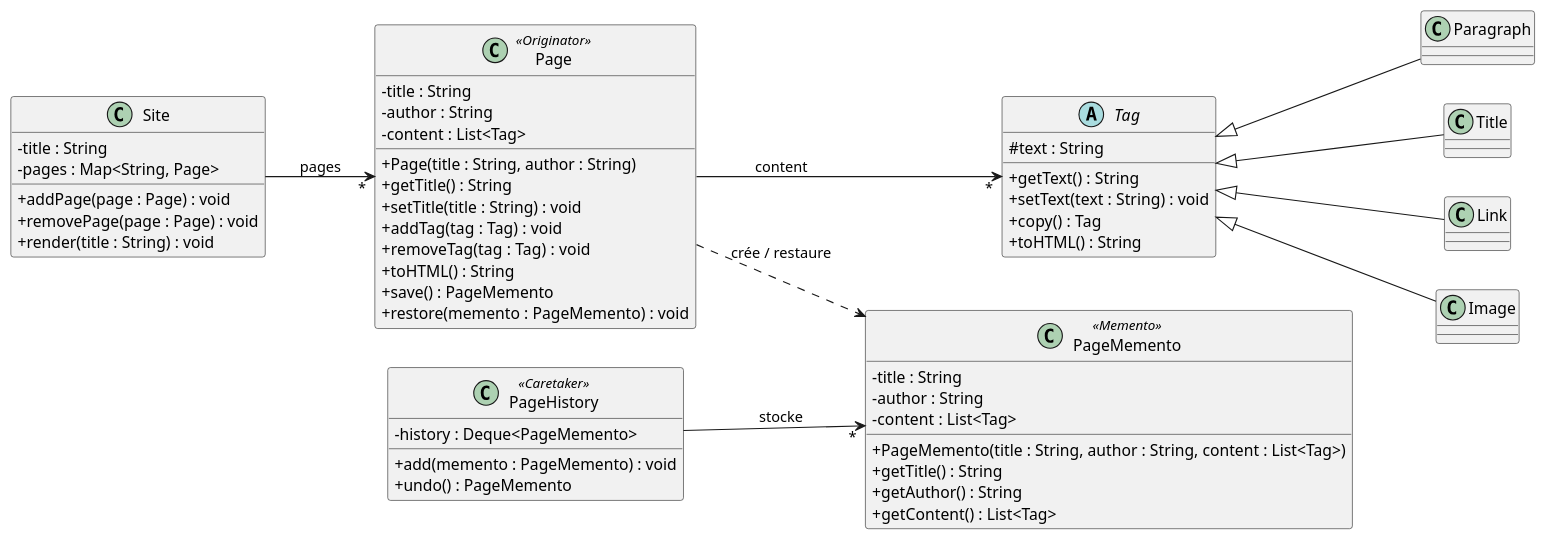
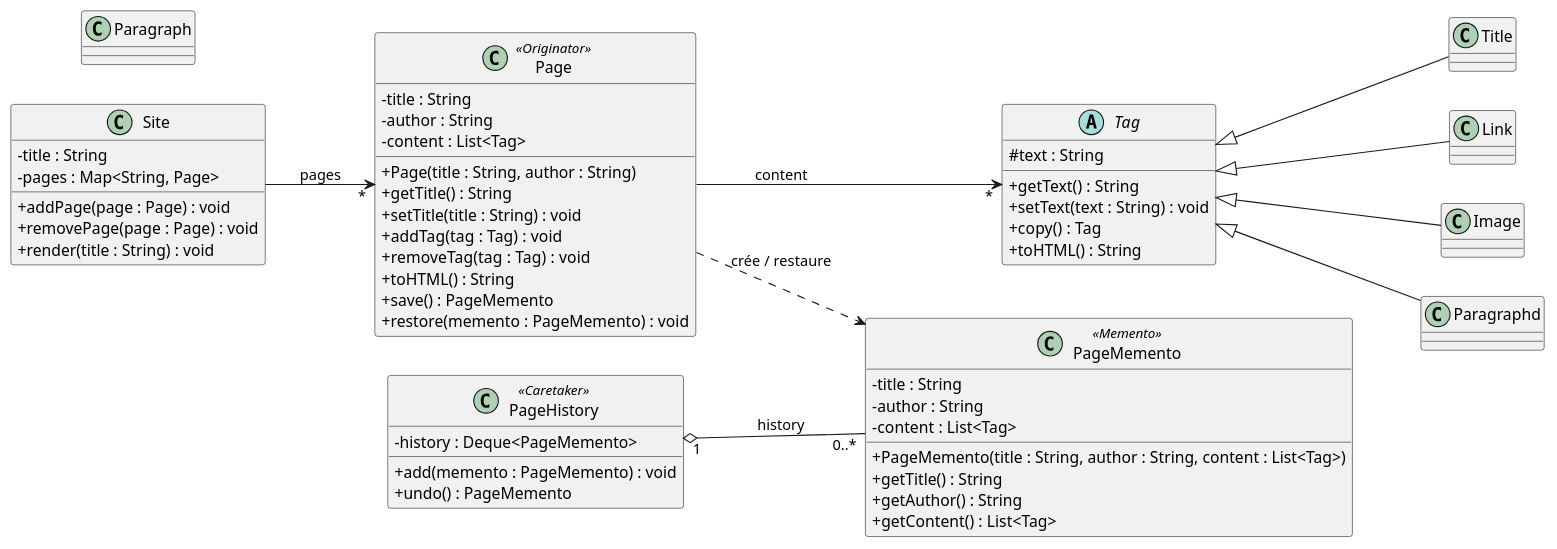
The diagram in Documentation/CMS_UML_Memento.puml (oums07/Memento), drawn with PlantUML before and after one commit.

Commit message:
Update UML Memento

```diff
--- a/Documentation/CMS_UML_Memento.puml
+++ b/Documentation/CMS_UML_Memento.puml
@@ -1,70 +1,70 @@
 @startuml
 
 skinparam classAttributeIconSize 0
 left to right direction
 
 class Site {
     - title : String
     - pages : Map<String, Page>
     + addPage(page : Page) : void
     + removePage(page : Page) : void
     + render(title : String) : void
 }
 
 class Page <<Originator>> {
     - title : String
     - author : String
     - content : List<Tag>
     + Page(title : String, author : String)
     + getTitle() : String
     + setTitle(title : String) : void
     + addTag(tag : Tag) : void
     + removeTag(tag : Tag) : void
     + toHTML() : String
     + save() : PageMemento
     + restore(memento : PageMemento) : void
 }
 
 class PageMemento <<Memento>> {
     - title : String
     - author : String
     - content : List<Tag>
     + PageMemento(title : String, author : String, content : List<Tag>)
     + getTitle() : String
     + getAuthor() : String
     + getContent() : List<Tag>
 }
 
 class PageHistory <<Caretaker>> {
     - history : Deque<PageMemento>
     + add(memento : PageMemento) : void
     + undo() : PageMemento
 }
 
 abstract class Tag {
     # text : String
     + getText() : String
     + setText(text : String) : void
     + copy() : Tag
     + toHTML() : String
 }
 
 class Paragraph
 class Title
 class Link
 class Image
 
 ' Relations du CMS de base
-Tag <|-- Paragraph
+Tag <|-- Paragraphd
 Tag <|-- Title
 Tag <|-- Link
 Tag <|-- Image
 
 Site --> "*" Page : pages
 Page --> "*" Tag : content
 
 ' Relations du Memento
 Page ..> PageMemento : crée / restaure
-PageHistory --> "*" PageMemento : stocke
+PageHistory "1" o-- "0..*" PageMemento : history
 
 @enduml
```
